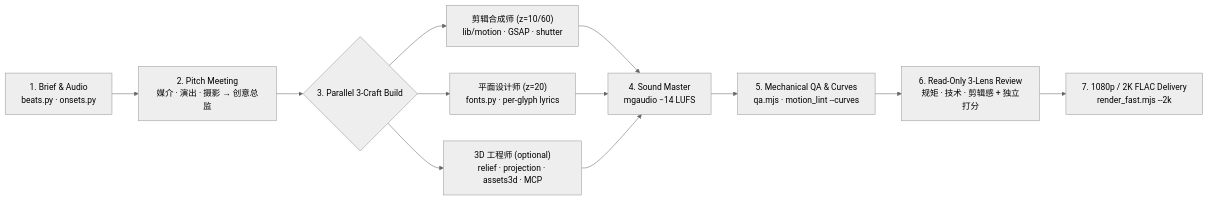
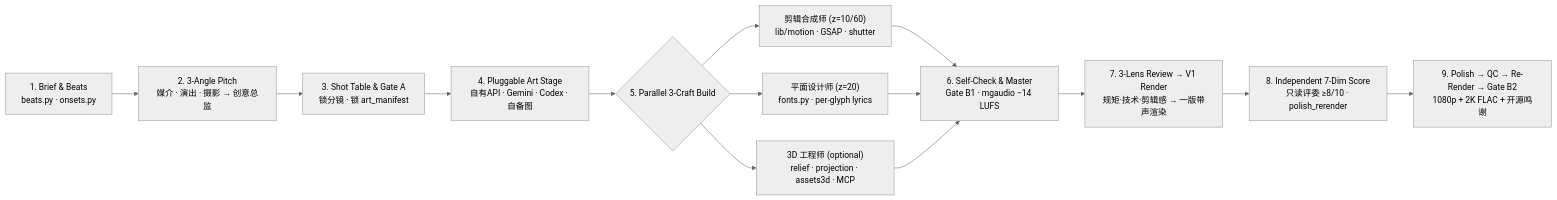
The diagram in README.md (qianqiucn/Chiakis-video-skill), drawn with Mermaid (neutral theme) before and after one commit. The commit also changed other lines of this file and 16 other files, not shown here.

Commit message:
feat(v1.4.0): 13-stage flagship workflow, pluggable art_gen, cross-platform installer & fill-in prompt template

````diff
--- a/README.md
+++ b/README.md
@@ -104,12 +104,14 @@
 ```mermaid
 flowchart LR
-    A["1. Brief & Audio<br/>beats.py · onsets.py"] --> B["2. Pitch Meeting<br/>媒介 · 演出 · 摄影 → 创意总监"]
-    B --> C{"3. Parallel 3-Craft Build"}
-    C --> C1["剪辑合成师 (z=10/60)<br/>lib/motion · GSAP · shutter"]
-    C --> C2["平面设计师 (z=20)<br/>fonts.py · per-glyph lyrics"]
-    C --> C3["3D 工程师 (optional)<br/>relief · projection · assets3d · MCP"]
-    C1 & C2 & C3 --> D["4. Sound Master<br/>mgaudio −14 LUFS"]
-    D --> E["5. Mechanical QA & Curves<br/>qa.mjs · motion_lint --curves"]
-    E --> F["6. Read-Only 3-Lens Review<br/>规矩 · 技术 · 剪辑感 + 独立打分"]
-    F --> G["7. 1080p / 2K FLAC Delivery<br/>render_fast.mjs --2k"]
+    A["1. Brief & Beats<br/>beats.py · onsets.py"] --> B["2. 3-Angle Pitch<br/>媒介 · 演出 · 摄影 → 创意总监"]
+    B --> C["3. Shot Table & Gate A<br/>锁分镜 · 锁 art_manifest"]
+    C --> D["4. Pluggable Art Stage<br/>自有API · Gemini · Codex · 自备图"]
+    D --> E{"5. Parallel 3-Craft Build"}
+    E --> E1["剪辑合成师 (z=10/60)<br/>lib/motion · GSAP · shutter"]
+    E --> E2["平面设计师 (z=20)<br/>fonts.py · per-glyph lyrics"]
+    E --> E3["3D 工程师 (optional)<br/>relief · projection · assets3d · MCP"]
+    E1 & E2 & E3 --> F["6. Self-Check & Master<br/>Gate B1 · mgaudio −14 LUFS"]
+    F --> G["7. 3-Lens Review → V1 Render<br/>规矩·技术·剪辑感 → 一版带声渲染"]
+    G --> H["8. Independent 7-Dim Score<br/>只读评委 ≥8/10 · polish_rerender"]
+    H --> I["9. Polish → QC → Re-Render → Gate B2<br/>1080p + 2K FLAC + 开源鸣谢"]
 ```
````
